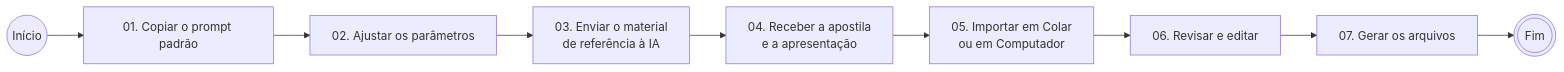
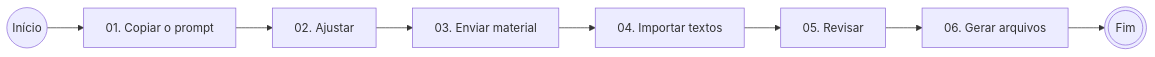
One commit to anacgovbr/conteudista changed the fifth of 5 diagrams in web/exemplo/apresentacao.md. Above: the diagram before and after it, drawn with Mermaid. The commit also changed other lines of this file and 3 other files, not shown here.

````diff
--- a/web/exemplo/apresentacao.md
+++ b/web/exemplo/apresentacao.md
@@ -387,11 +385,10 @@
 ```mermaid
 flowchart LR
-    T00((Início)) --> T01[01. Copiar o prompt padrão]
-    T01 --> T02[02. Ajustar os parâmetros]
-    T02 --> T03[03. Enviar o material<br/>de referência à IA]
-    T03 --> T04[04. Receber a apostila<br/>e a apresentação]
-    T04 --> T05[05. Importar em Colar<br/>ou em Computador]
-    T05 --> T06[06. Revisar e editar]
-    T06 --> T07[07. Gerar os arquivos]
-    T07 --> T99(((Fim)))
+    T00((Início)) --> T01[01. Copiar o prompt]
+    T01 --> T02[02. Ajustar]
+    T02 --> T03[03. Enviar material]
+    T03 --> T04[04. Importar textos]
+    T04 --> T05[05. Revisar]
+    T05 --> T06[06. Gerar arquivos]
+    T06 --> T99(((Fim)))
 ```
````
